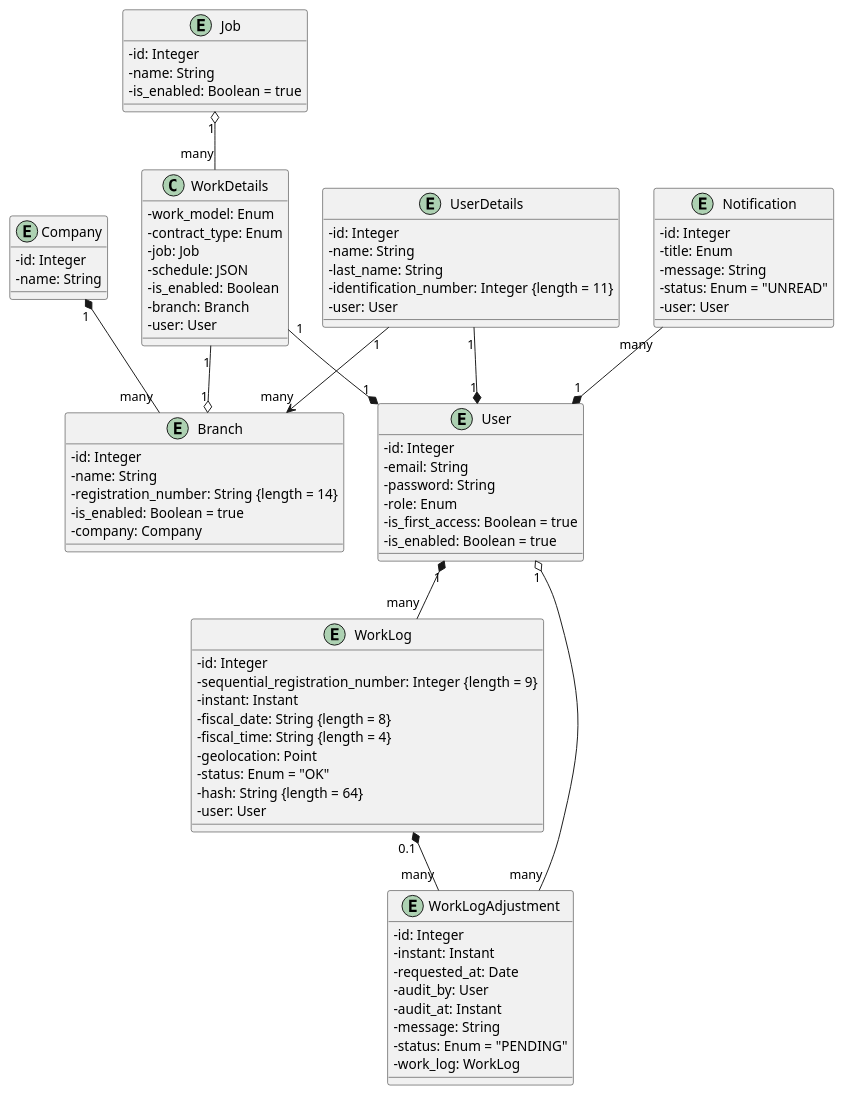
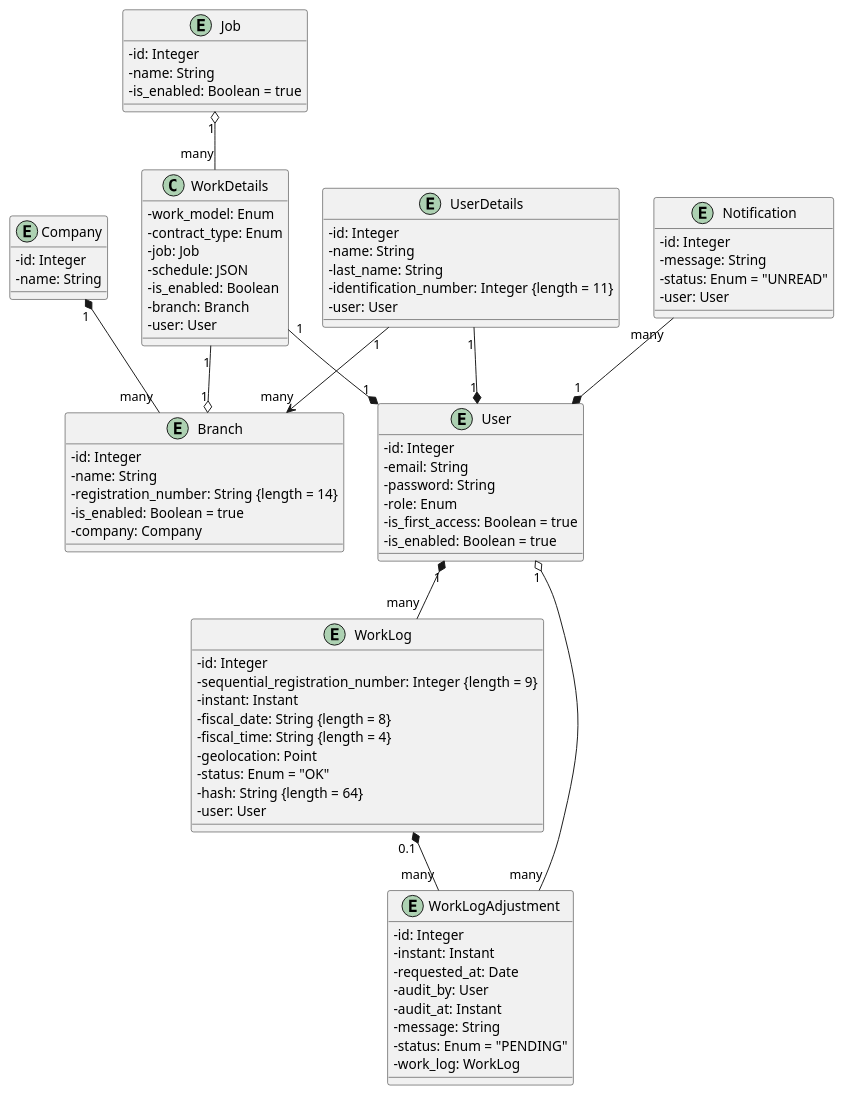
Before and after one commit to yamacinelli/elefante: the diagram in docs/diagrams/business.wsd, drawn with PlantUML.

Commit message:
fix(business.wsd): remove unused field

```diff
--- a/docs/diagrams/business.wsd
+++ b/docs/diagrams/business.wsd
@@ -1,115 +1,114 @@
 @startuml business
 skinparam classAttributeIconSize 0
 
 ' ===== Job =====
 entity "Job" {
   - id: Integer
   - name: String
   - is_enabled: Boolean = true
 }
 
 ' ===== Work Details =====
 class WorkDetails {
   - work_model: Enum
   - contract_type: Enum
   - job: Job
   - schedule: JSON
   - is_enabled: Boolean
   - branch: Branch
   - user: User
 }
 
 ' ===== Company =====
 entity Company {
   - id: Integer
   - name: String
 }
 
 ' ===== Branch =====
 entity Branch {
   - id: Integer
   - name: String
   - registration_number: String {length = 14}
   - is_enabled: Boolean = true
   - company: Company
 }
 
 ' ===== User Details =====
 entity UserDetails {
   - id: Integer
   - name: String
   - last_name: String
   - identification_number: Integer {length = 11}
   - user: User
 }
 
 ' ===== User =====
 entity User {
   - id: Integer
   - email: String
   - password: String
   - role: Enum
   - is_first_access: Boolean = true
   - is_enabled: Boolean = true
 }
 
 ' ===== Work Log =====
 entity WorkLog {
   - id: Integer
   - sequential_registration_number: Integer {length = 9}
   - instant: Instant
   - fiscal_date: String {length = 8}
   - fiscal_time: String {length = 4}
   - geolocation: Point
   - status: Enum = "OK"
   - hash: String {length = 64}
   - user: User
 }
 
 ' ===== Work Log Adjustment =====
 entity WorkLogAdjustment {
   - id: Integer
   - instant: Instant
   - requested_at: Date
   - audit_by: User
   - audit_at: Instant
   - message: String
   - status: Enum = "PENDING"
   - work_log: WorkLog
 }
 
 ' ===== Notification =====
 entity Notification {
   - id: Integer
-  - title: Enum
   - message: String
   - status: Enum = "UNREAD"
   - user: User
 }
 
 ' ===== Relationships =====
 
 ' Job
 Job "1" o-- "many" WorkDetails
 
 ' Company
 Company "1" *-- "many" Branch
 
 ' UserDetails
 UserDetails "1" --* "1" User
 UserDetails "1" --> "many" Branch
 
 ' Notification
 Notification "many" --* "1" User
 
 ' WorkDetails
 WorkDetails "1" --o "1" Branch
 WorkDetails "1" --* "1" User
 
 ' WorkLog
 User "1" *-- "many" WorkLog
 WorkLog "0.1" *-- "many" WorkLogAdjustment
 
 ' WorkLogAdjustment
 WorkLogAdjustment "many" --o "1" User
 @enduml
```
